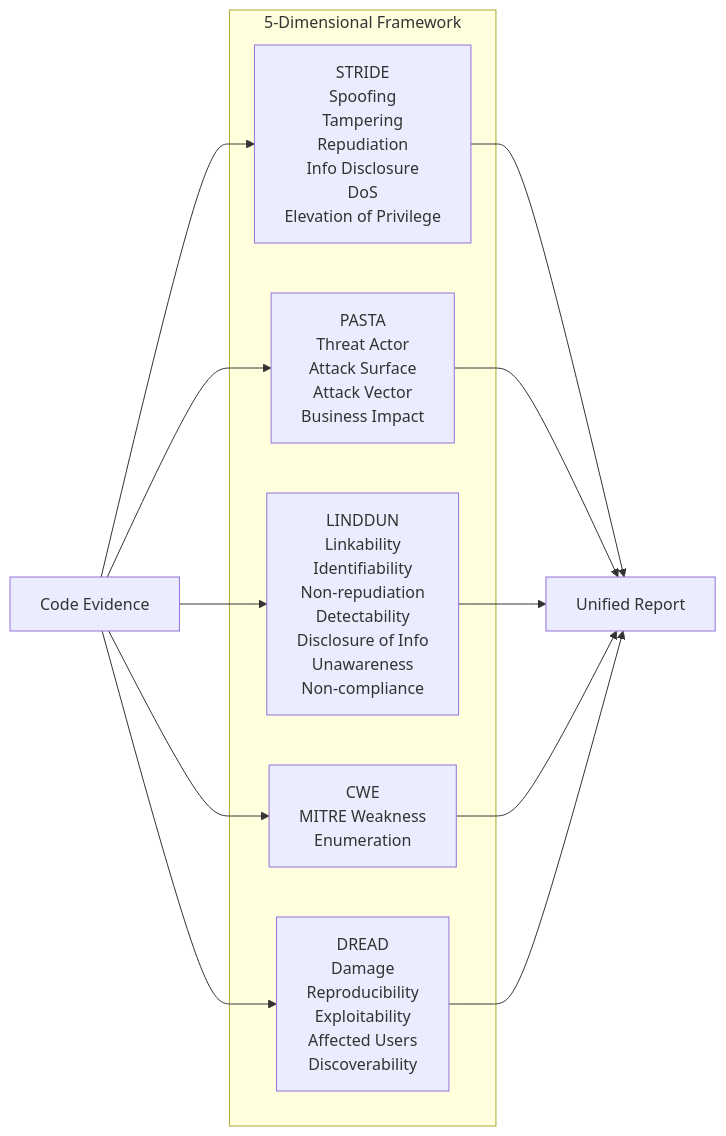
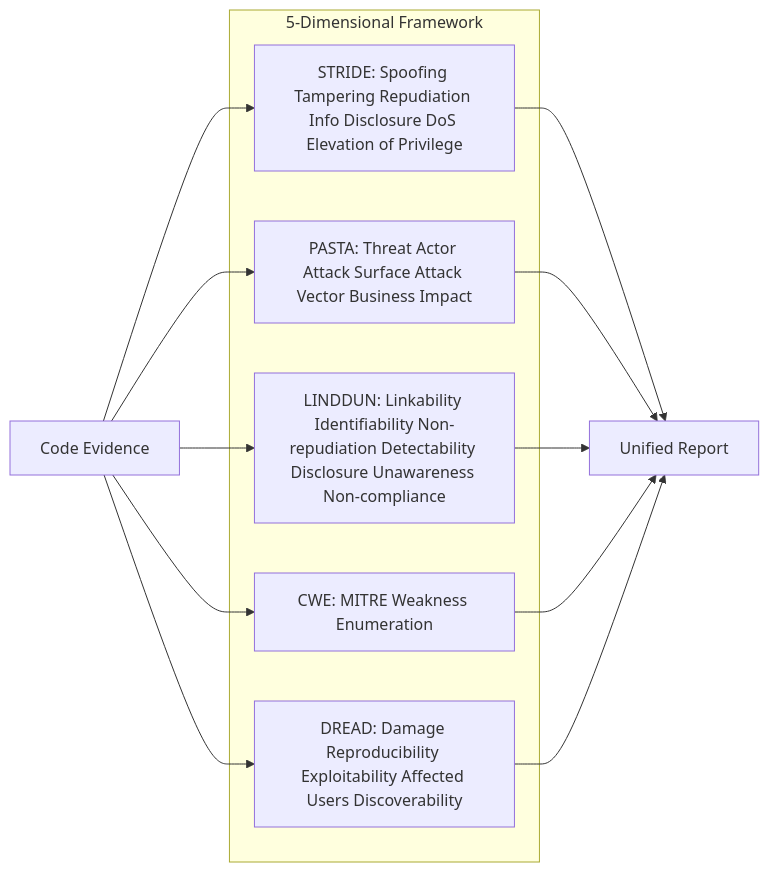
Diagram 13 of 14 in README.md (yantongggg/TM_o31), drawn with Mermaid before and after one commit. The commit also changed other lines of this file, not shown here.

First line of the commit message:
fix: Resolve Mermaid diagram parse errors on GitHub

````diff
--- a/README.md
+++ b/README.md
@@ -706,22 +706,22 @@
 ```mermaid
 graph LR
     subgraph Dimensions["5-Dimensional Framework"]
-        STRIDE[STRIDE<br/>Spoofing<br/>Tampering<br/>Repudiation<br/>Info Disclosure<br/>DoS<br/>Elevation of Privilege]
-        PASTA[PASTA<br/>Threat Actor<br/>Attack Surface<br/>Attack Vector<br/>Business Impact]
-        LINDDUN[LINDDUN<br/>Linkability<br/>Identifiability<br/>Non-repudiation<br/>Detectability<br/>Disclosure of Info<br/>Unawareness<br/>Non-compliance]
-        CWE[CWE<br/>MITRE Weakness<br/>Enumeration]
-        DREAD[DREAD<br/>Damage<br/>Reproducibility<br/>Exploitability<br/>Affected Users<br/>Discoverability]
+        STRIDE[STRIDE: Spoofing Tampering Repudiation Info Disclosure DoS Elevation of Privilege]
+        PASTA[PASTA: Threat Actor Attack Surface Attack Vector Business Impact]
+        LINDDUN[LINDDUN: Linkability Identifiability Non-repudiation Detectability Disclosure Unawareness Non-compliance]
+        CWE[CWE: MITRE Weakness Enumeration]
+        DREAD[DREAD: Damage Reproducibility Exploitability Affected Users Discoverability]
     end
 
     Evidence[Code Evidence] --> STRIDE
     Evidence --> PASTA
     Evidence --> LINDDUN
     Evidence --> CWE
     Evidence --> DREAD
 
     STRIDE --> Report[Unified Report]
     PASTA --> Report
     LINDDUN --> Report
     CWE --> Report
     DREAD --> Report
 ```
````
